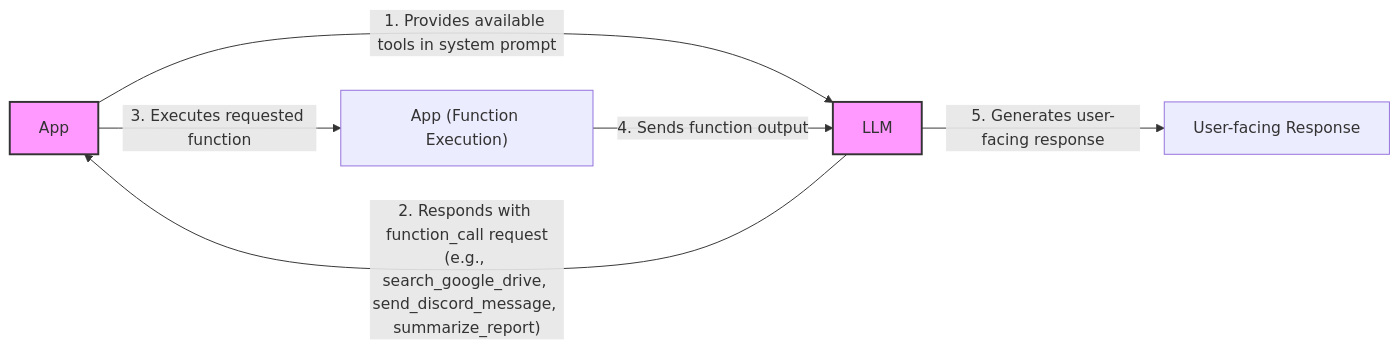
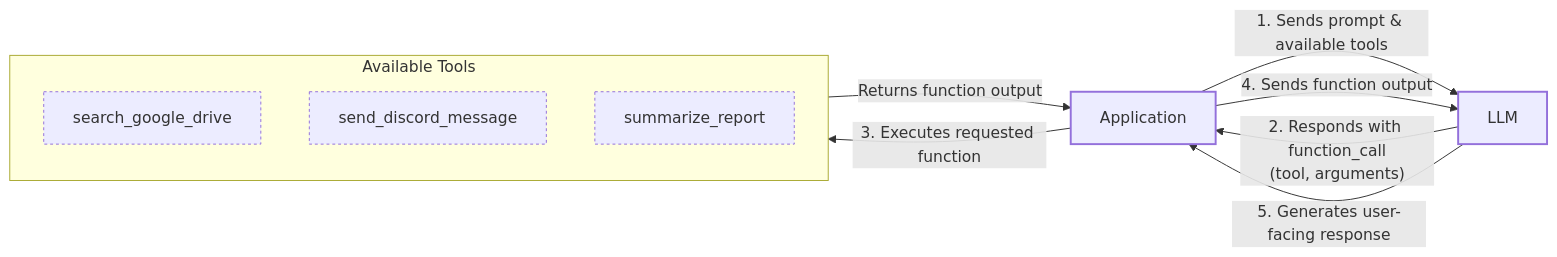
The first of 3 diagrams in RL_researcher_writer_ymaxing/rl_training_data/noise_experiment/06_tools__var_standard__replicate1__preset0/article_000.md (YMaXing/Research-Agent-reinforced-by-RL), drawn with Mermaid before and after one commit. The commit also changed other lines of this file and 4528 other files, not shown here.

````diff
--- a/RL_researcher_writer_ymaxing/rl_training_data/noise_experiment/06_tools__var_standard__replicate1__preset0/article_000.md
+++ b/RL_researcher_writer_ymaxing/rl_training_data/noise_experiment/06_tools__var_standard__replicate1__preset0/article_000.md
@@ -31,17 +31,27 @@
 ```mermaid
 flowchart LR
-  %% Actors
-  App["App"]
-  LLM["LLM"]
-  
-  %% Flow Steps
-  App -- "1. Provides available tools in system prompt" --> LLM
-  LLM -- "2. Responds with function_call request<br/>(e.g., search_google_drive, send_discord_message, summarize_report)" --> App
-  App -- "3. Executes requested function" --> App_Exec["App (Function Execution)"]
-  App_Exec -- "4. Sends function output" --> LLM
-  LLM -- "5. Generates user-facing response" --> UserResponse["User-facing Response"]
+  %% Main Actors
+  A["Application"]
+  L["LLM"]
+
+  %% Available Tools
+  subgraph Tools["Available Tools"]
+    SGD["search_google_drive"]
+    SDM["send_discord_message"]
+    SR["summarize_report"]
+  end
+
+  %% 5-Step Request-Execute-Respond Flow
+  A -- "1. Sends prompt & available tools" --> L
+  L -- "2. Responds with function_call<br/>(tool, arguments)" --> A
+  A -- "3. Executes requested function" --> Tools
+  Tools -- "Returns function output" --> A
+  A -- "4. Sends function output" --> L
+  L -- "5. Generates user-facing response" --> A
 
   %% Visual grouping
-  classDef actor fill:#f9f,stroke:#333,stroke-width:2px
-  class App,LLM actor
+  classDef actor stroke-width:2px
+  classDef external stroke-dasharray:3,3
+  class A,L actor
+  class SGD,SDM,SR external
 ```
````
